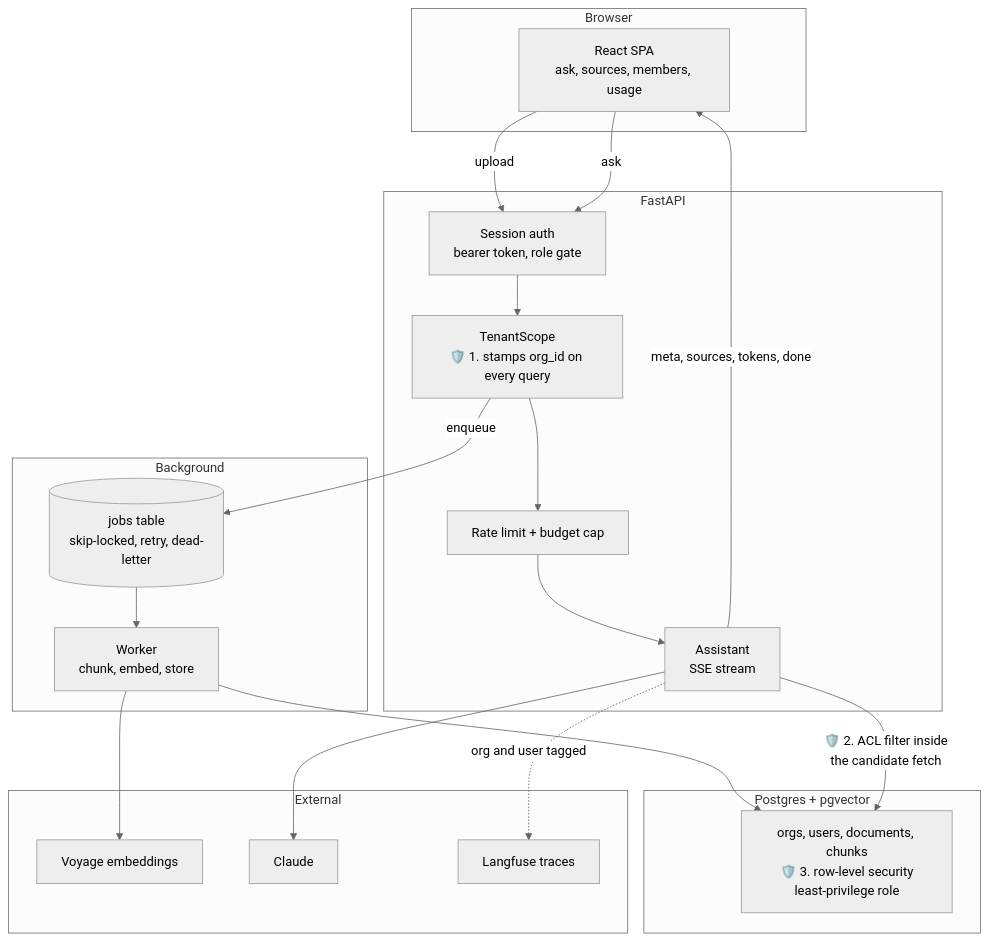
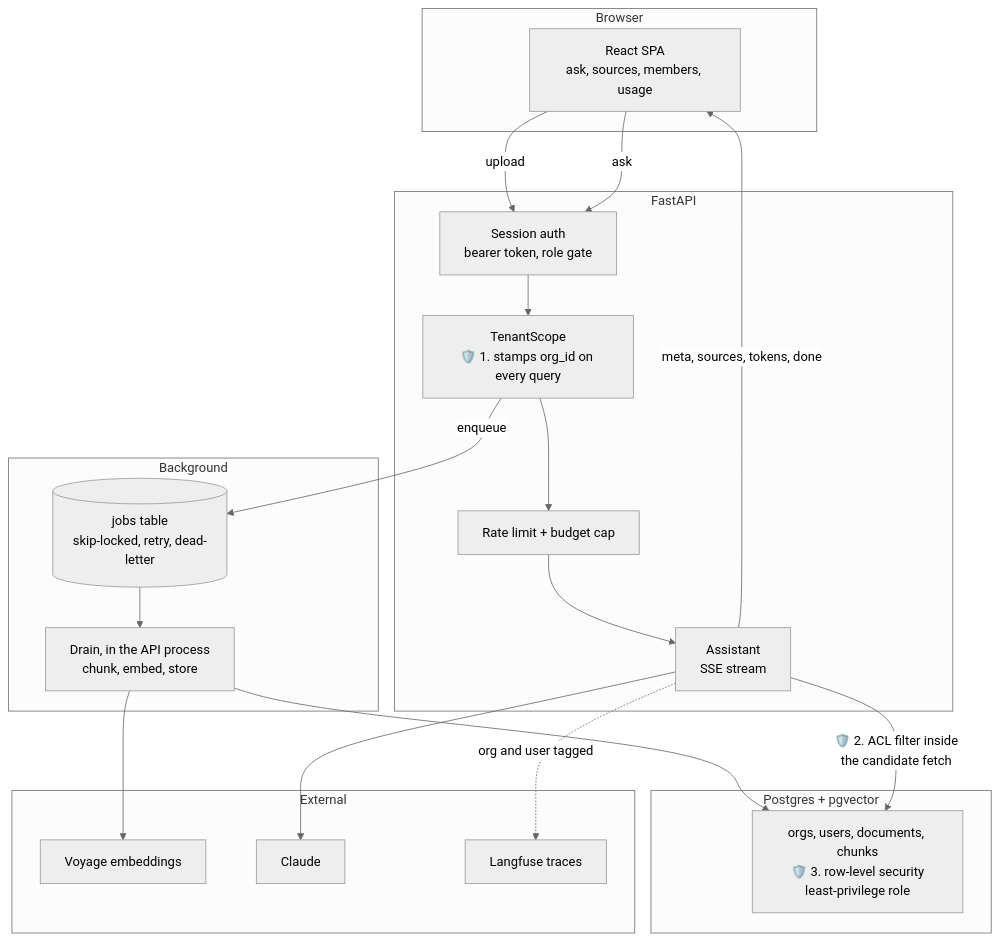
Before and after one commit to alexvervloet/knowledge-desk: the diagram in README.md, drawn with Mermaid (neutral theme). The commit also changed other lines of this file, not shown here.

Commit message:
docs(readme): the API drains the queue, there is no worker to start

````diff
--- a/README.md
+++ b/README.md
@@ -73,42 +73,42 @@
 ```mermaid
 flowchart TB
     subgraph client [Browser]
         UI[React SPA<br/>ask, sources, members, usage]
     end
 
     subgraph api [FastAPI]
         AUTH[Session auth<br/>bearer token, role gate]
         SCOPE["TenantScope<br/>🛡️ 1. stamps org_id on every query"]
         ASK[Assistant<br/>SSE stream]
         RL[Rate limit + budget cap]
     end
 
     subgraph workers [Background]
         Q[(jobs table<br/>skip-locked, retry, dead-letter)]
-        W[Worker<br/>chunk, embed, store]
+        W[Drain, in the API process<br/>chunk, embed, store]
     end
 
     subgraph data [Postgres + pgvector]
         DB["orgs, users, documents, chunks<br/>🛡️ 3. row-level security<br/>least-privilege role"]
     end
 
     subgraph ext [External]
         VO[Voyage embeddings]
         CL[Claude]
         LF[Langfuse traces]
     end
 
     UI -->|upload| AUTH
     UI -->|ask| AUTH
     AUTH --> SCOPE
     SCOPE --> RL
     RL --> ASK
     SCOPE -->|enqueue| Q
     Q --> W
     W --> VO
     W --> DB
     ASK -->|"🛡️ 2. ACL filter inside<br/>the candidate fetch"| DB
     ASK --> CL
     ASK -.->|org and user tagged| LF
     ASK -->|"meta, sources, tokens, done"| UI
 ```
````
